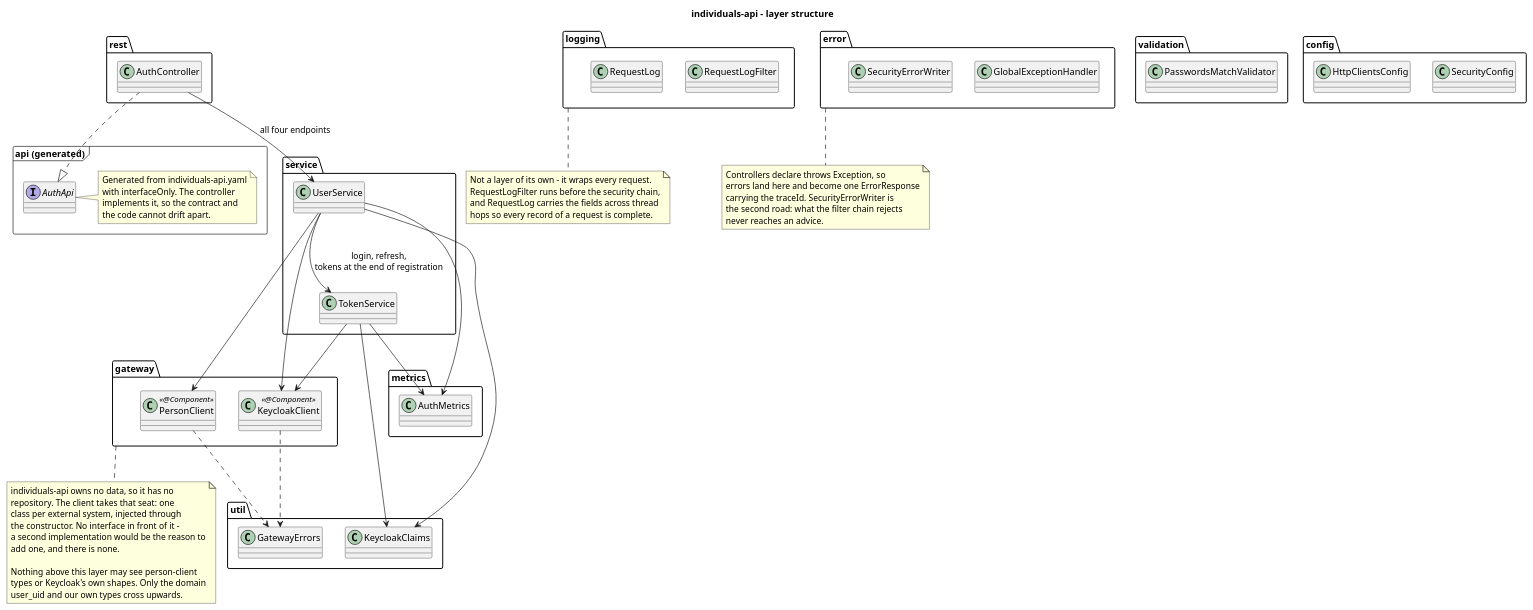
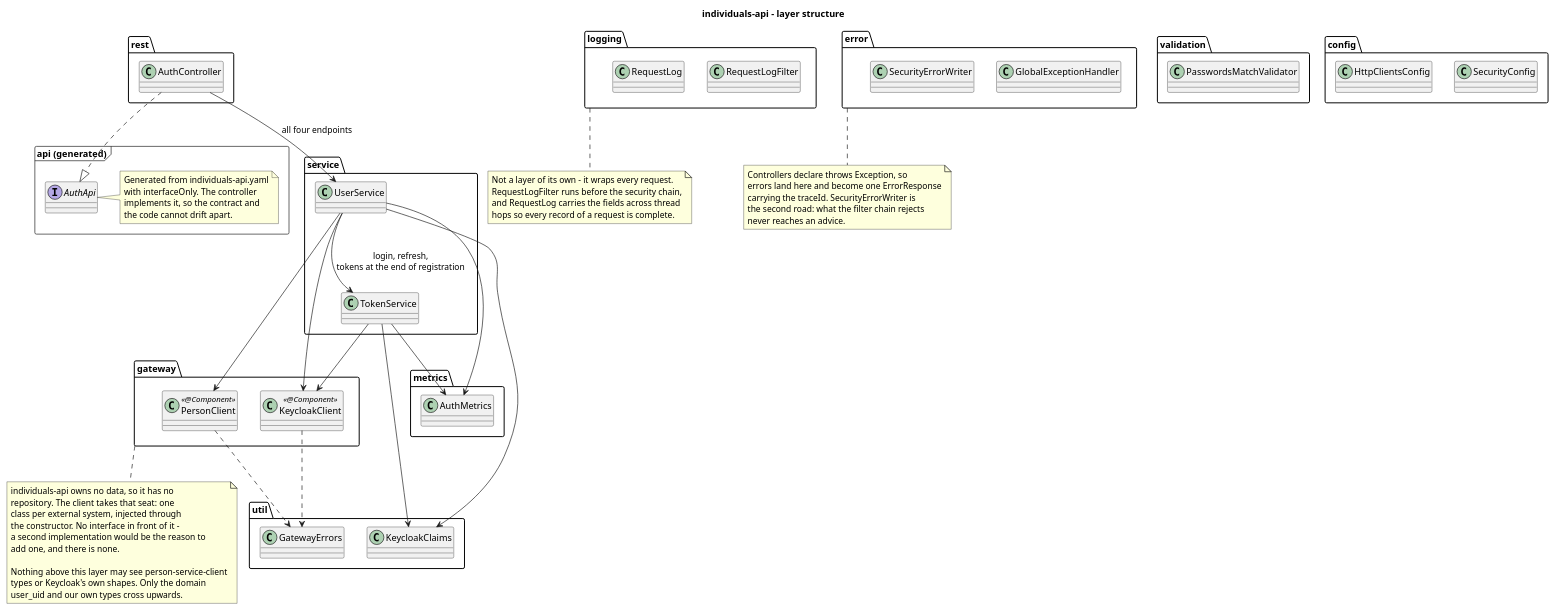
Before and after one commit to dezxxx/payment-platform: the diagram in docs/puml-diagrams/layers.puml, drawn with PlantUML. The commit also changed 16 other files, not shown here.

Commit message:
docs: describe person-service, the client and compensation

```diff
--- a/docs/puml-diagrams/layers.puml
+++ b/docs/puml-diagrams/layers.puml
@@ -1,103 +1,103 @@
 @startuml layers
 title individuals-api - layer structure
 
 skinparam shadowing false
 skinparam classAttributeIconSize 0
 
 package "api (generated)" <<Frame>> {
   interface AuthApi
   note right of AuthApi
     Generated from individuals-api.yaml
     with interfaceOnly. The controller
     implements it, so the contract and
     the code cannot drift apart.
   end note
 }
 
 package rest {
   class AuthController
 }
 
 package service {
   class UserService
   class TokenService
 }
 
 package gateway {
   class PersonClient <<@Component>>
   class KeycloakClient <<@Component>>
 }
 
 package validation {
   class PasswordsMatchValidator
 }
 
 package error {
   class GlobalExceptionHandler
   class SecurityErrorWriter
 }
 
 package logging {
   class RequestLogFilter
   class RequestLog
 }
 
 package config {
   class SecurityConfig
   class HttpClientsConfig
 }
 
 package util {
   class KeycloakClaims
   class GatewayErrors
 }
 
 package metrics {
   class AuthMetrics
 }
 
 AuthController ..|> AuthApi
 AuthController --> UserService : all four endpoints
 
 UserService --> PersonClient
 UserService --> KeycloakClient
 UserService --> TokenService : login, refresh,\ntokens at the end of registration
 TokenService --> KeycloakClient
 
 UserService --> AuthMetrics
 TokenService --> AuthMetrics
 UserService --> KeycloakClaims
 TokenService --> KeycloakClaims
 
 PersonClient ..> GatewayErrors
 KeycloakClient ..> GatewayErrors
 
 note bottom of gateway
   individuals-api owns no data, so it has no
   repository. The client takes that seat: one
   class per external system, injected through
   the constructor. No interface in front of it -
   a second implementation would be the reason to
   add one, and there is none.
 
-  Nothing above this layer may see person-client
+  Nothing above this layer may see person-service-client
   types or Keycloak's own shapes. Only the domain
   user_uid and our own types cross upwards.
 end note
 
 note bottom of logging
   Not a layer of its own - it wraps every request.
   RequestLogFilter runs before the security chain,
   and RequestLog carries the fields across thread
   hops so every record of a request is complete.
 end note
 
 note bottom of error
   Controllers declare throws Exception, so
   errors land here and become one ErrorResponse
   carrying the traceId. SecurityErrorWriter is
   the second road: what the filter chain rejects
   never reaches an advice.
 end note
 
 @enduml
```
